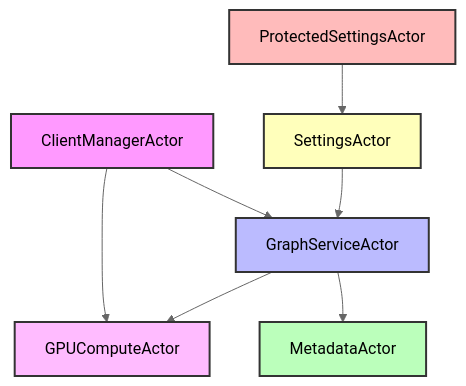
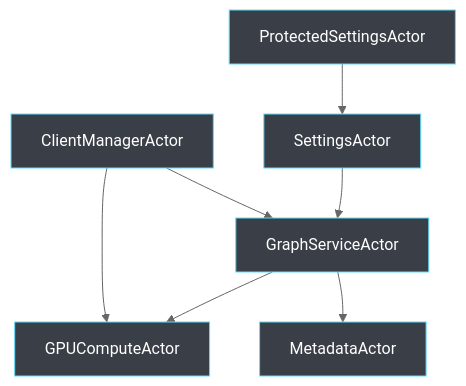
Before and after one commit to DreamLab-AI/VisionFlow: the first of 3 diagrams in docs/server/actors.md, drawn with Mermaid (neutral theme). The commit also changed other lines of this file and 16 other files, not shown here.

````diff
--- a/docs/server/actors.md
+++ b/docs/server/actors.md
@@ -11,16 +11,16 @@
 ```mermaid
 graph TB
     CM[ClientManagerActor] --> GS[GraphServiceActor]
     CM --> GPU[GPUComputeActor]
     GS --> GPU
     GS --> MA[MetadataActor]
     SA[SettingsActor] --> GS
     PSA[ProtectedSettingsActor] --> SA
     
-    style CM fill:#f9f,stroke:#333,stroke-width:2px
-    style GS fill:#bbf,stroke:#333,stroke-width:2px
-    style GPU fill:#fbf,stroke:#333,stroke-width:2px
-    style MA fill:#bfb,stroke:#333,stroke-width:2px
-    style SA fill:#ffb,stroke:#333,stroke-width:2px
-    style PSA fill:#fbb,stroke:#333,stroke-width:2px
+    style CM fill:#3A3F47,stroke:#61DAFB,color:#FFFFFF
+    style GS fill:#3A3F47,stroke:#61DAFB,color:#FFFFFF
+    style GPU fill:#3A3F47,stroke:#61DAFB,color:#FFFFFF
+    style MA fill:#3A3F47,stroke:#61DAFB,color:#FFFFFF
+    style SA fill:#3A3F47,stroke:#61DAFB,color:#FFFFFF
+    style PSA fill:#3A3F47,stroke:#61DAFB,color:#FFFFFF
 ```
````
